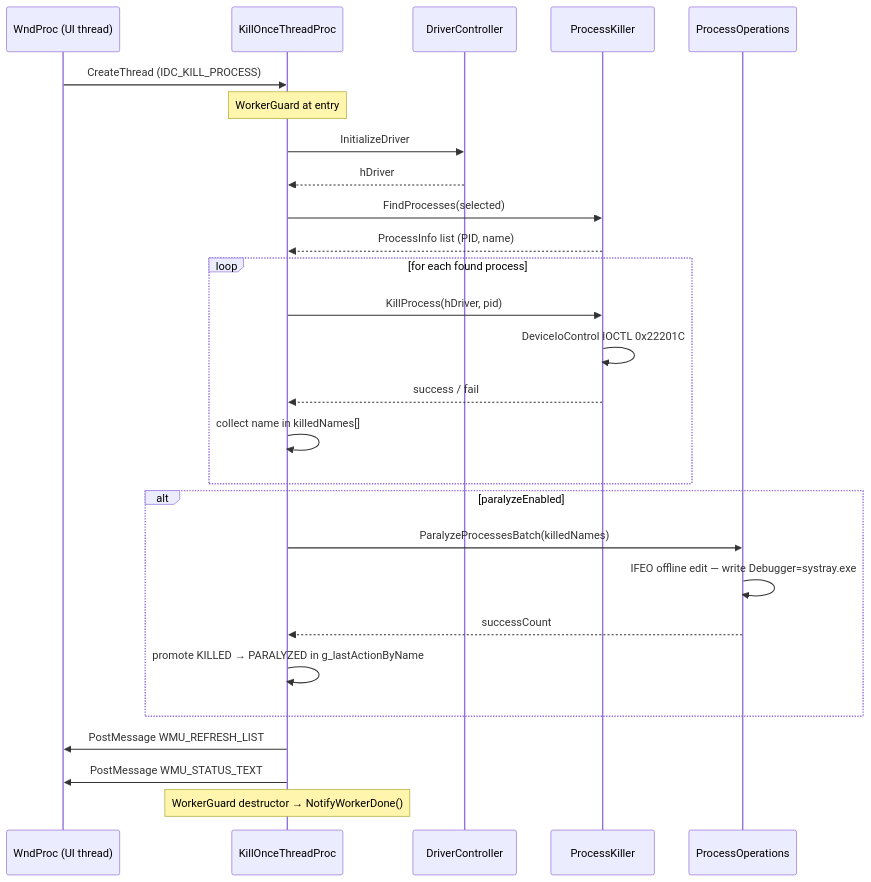
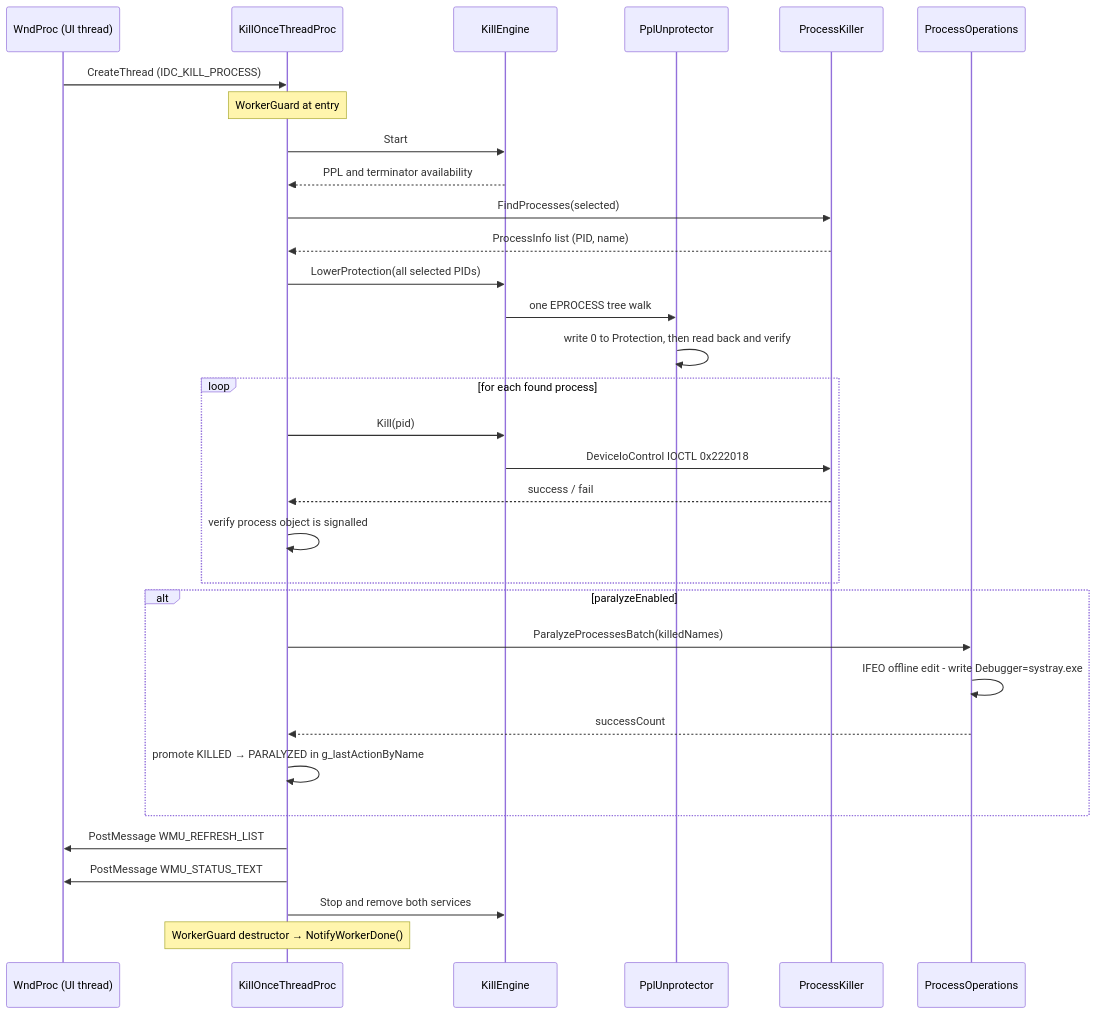
Before and after one commit to wesmar/kvcKiller: the third of 4 diagrams in README.md, drawn with Mermaid. The commit also changed other lines of this file and 30 other files, not shown here.

````diff
--- a/README.md
+++ b/README.md
@@ -224,29 +254,34 @@
 ```mermaid
 sequenceDiagram
     participant UI as WndProc (UI thread)
     participant W as KillOnceThreadProc
-    participant D as DriverController
+    participant E as KillEngine
+    participant P as PplUnprotector
     participant K as ProcessKiller
-    participant P as ProcessOperations
+    participant O as ProcessOperations
     UI->>W: CreateThread (IDC_KILL_PROCESS)
     Note over W: WorkerGuard at entry
-    W->>D: InitializeDriver
-    D-->>W: hDriver
+    W->>E: Start
+    E-->>W: PPL and terminator availability
     W->>K: FindProcesses(selected)
     K-->>W: ProcessInfo list (PID, name)
+    W->>E: LowerProtection(all selected PIDs)
+    E->>P: one EPROCESS tree walk
+    P->>P: write 0 to Protection, then read back and verify
     loop for each found process
-        W->>K: KillProcess(hDriver, pid)
-        K->>K: DeviceIoControl IOCTL 0x22201C
+        W->>E: Kill(pid)
+        E->>K: DeviceIoControl IOCTL 0x222018
         K-->>W: success / fail
-        W->>W: collect name in killedNames[]
+        W->>W: verify process object is signalled
     end
     alt paralyzeEnabled
-        W->>P: ParalyzeProcessesBatch(killedNames)
-        P->>P: IFEO offline edit — write Debugger=systray.exe
-        P-->>W: successCount
+        W->>O: ParalyzeProcessesBatch(killedNames)
+        O->>O: IFEO offline edit - write Debugger=systray.exe
+        O-->>W: successCount
         W->>W: promote KILLED → PARALYZED in g_lastActionByName
     end
     W->>UI: PostMessage WMU_REFRESH_LIST
     W->>UI: PostMessage WMU_STATUS_TEXT
+    W->>E: Stop and remove both services
     Note over W: WorkerGuard destructor → NotifyWorkerDone()
 ```
````
